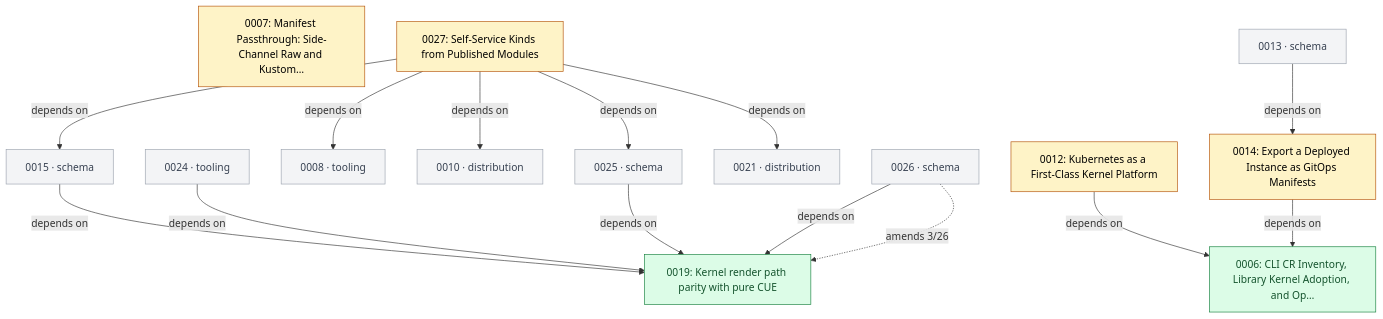
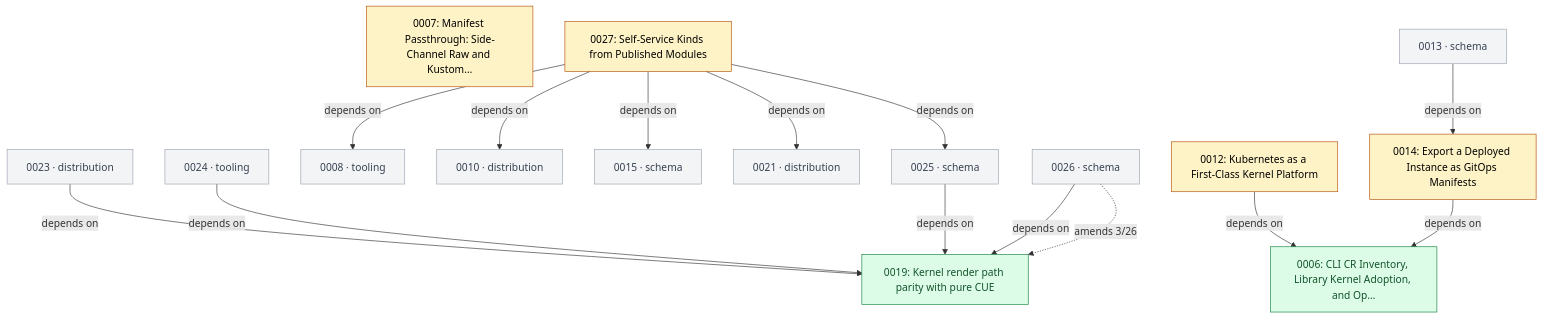
One commit to open-platform-model/enhancements changed the third of 7 diagrams in GRAPH.md. Above: the diagram before and after it, drawn with Mermaid. The commit also changed other lines of this file and 1 other file, not shown here.

Commit message:
docs(index): regenerate INDEX.md and GRAPH.md

````diff
--- a/GRAPH.md
+++ b/GRAPH.md
@@ -94,40 +93,41 @@
 ```mermaid
 graph TD
   classDef draft       fill:#fef3c7,stroke:#b45309,color:#000
   classDef accepted    fill:#dbeafe,stroke:#1d4ed8,color:#000
   classDef rejected    fill:#fee2e2,stroke:#b91c1c,color:#7f1d1d,stroke-dasharray:4 2
   classDef superseded  fill:#e5e7eb,stroke:#6b7280,color:#6b7280
   classDef delivered   fill:#dcfce7,stroke:#15803d,color:#14532d
   classDef legacy      fill:#fafafa,stroke:#9ca3af,color:#6b7280,stroke-dasharray:3 3
   classDef stub        fill:#f3f4f6,stroke:#9ca3af,color:#374151
   classDef category    fill:#ede9fe,stroke:#6d28d9,color:#000
 
   N0006["0006: CLI CR Inventory, Library Kernel Adoption, and Op…"]:::delivered
   N0007["0007: Manifest Passthrough: Side-Channel Raw and Kustom…"]:::draft
   N0012["0012: Kubernetes as a First-Class Kernel Platform"]:::draft
   N0014["0014: Export a Deployed Instance as GitOps Manifests"]:::draft
   N0019["0019: Kernel render path parity with pure CUE"]:::delivered
   N0027["0027: Self-Service Kinds from Published Modules"]:::draft
   N0008["0008 · tooling"]:::stub
   N0010["0010 · distribution"]:::stub
   N0013["0013 · schema"]:::stub
   N0015["0015 · schema"]:::stub
   N0021["0021 · distribution"]:::stub
+  N0023["0023 · distribution"]:::stub
   N0024["0024 · tooling"]:::stub
   N0025["0025 · schema"]:::stub
   N0026["0026 · schema"]:::stub
 
   N0012 -->|depends on| N0006
   N0013 -->|depends on| N0014
   N0014 -->|depends on| N0006
-  N0015 -->|depends on| N0019
+  N0023 -->|depends on| N0019
   N0024 -->|depends on| N0019
   N0025 -->|depends on| N0019
   N0026 -->|depends on| N0019
   N0027 -->|depends on| N0008
   N0027 -->|depends on| N0010
   N0027 -->|depends on| N0015
   N0027 -->|depends on| N0021
   N0027 -->|depends on| N0025
   N0026 -.->|amends 3/26| N0019
 ```
````
